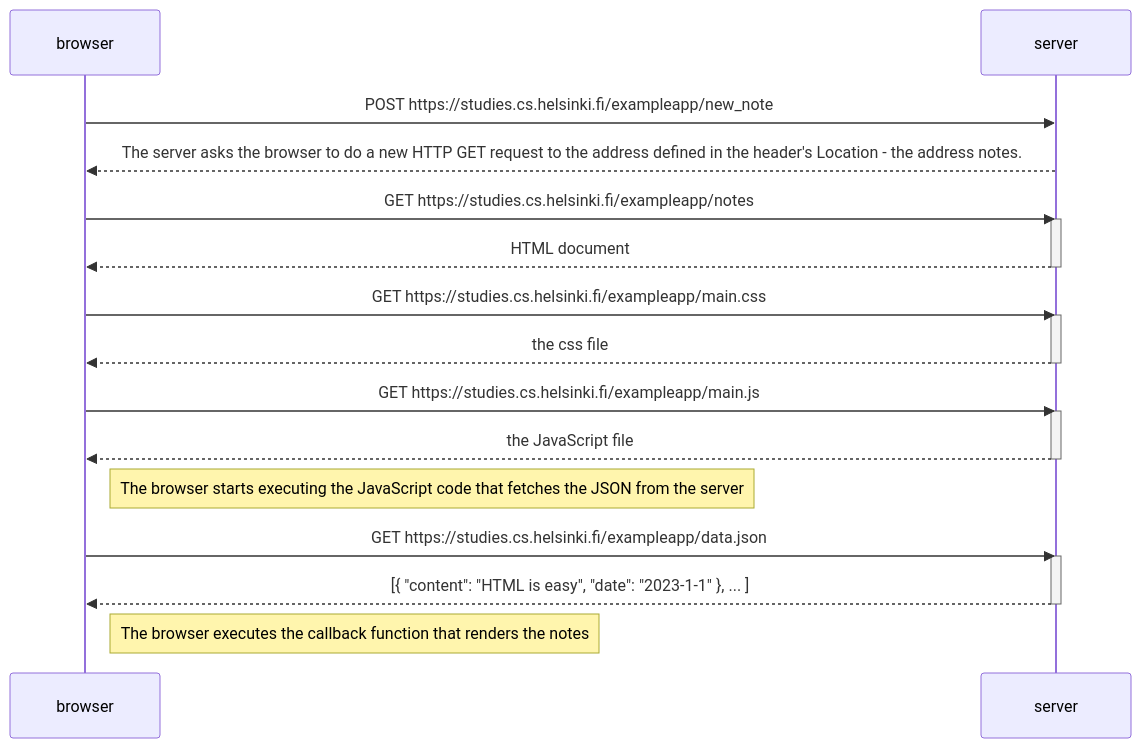
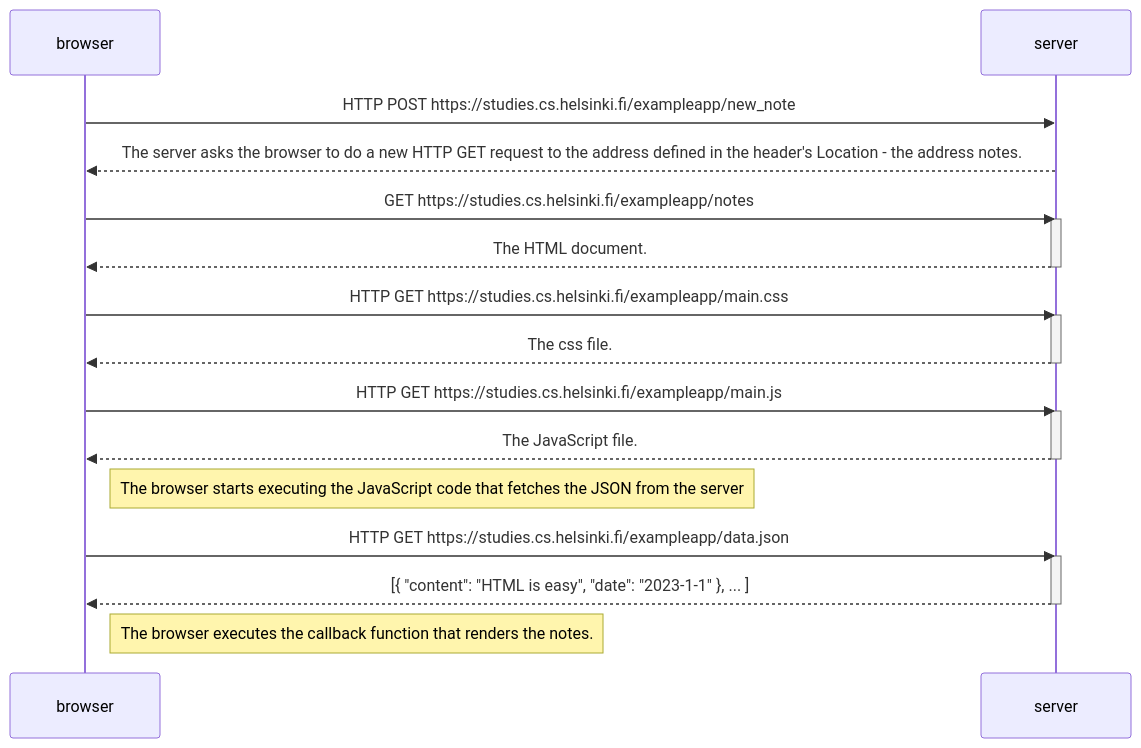
The diagram in Part0./exercise04-new_note.md (devKole/fullstackopen), drawn with Mermaid before and after one commit.

````diff
--- a/Part0./exercise04-new_note.md
+++ b/Part0./exercise04-new_note.md
@@ -3,25 +3,25 @@
 ```mermaid
 sequenceDiagram
     participant browser
     participant server
-    browser->>server: POST https://studies.cs.helsinki.fi/exampleapp/new_note
+    browser->>server: HTTP POST https://studies.cs.helsinki.fi/exampleapp/new_note
     server-->>browser: The server asks the browser to do a new HTTP GET request to the address defined in the header's Location - the address notes.
     browser->>server: GET https://studies.cs.helsinki.fi/exampleapp/notes
     activate server
-    server-->>browser: HTML document
+    server-->>browser: The HTML document.
     deactivate server
-    browser->>server: GET https://studies.cs.helsinki.fi/exampleapp/main.css
+    browser->>server: HTTP GET https://studies.cs.helsinki.fi/exampleapp/main.css
     activate server
-    server-->>browser: the css file
+    server-->>browser: The css file.
     deactivate server
-    browser->>server: GET https://studies.cs.helsinki.fi/exampleapp/main.js
+    browser->>server: HTTP GET https://studies.cs.helsinki.fi/exampleapp/main.js
     activate server
-    server-->>browser: the JavaScript file
+    server-->>browser: The JavaScript file.
     deactivate server
     Note right of browser: The browser starts executing the JavaScript code that fetches the JSON from the server
-    browser->>server: GET https://studies.cs.helsinki.fi/exampleapp/data.json
+    browser->>server: HTTP GET https://studies.cs.helsinki.fi/exampleapp/data.json
     activate server
     server-->>browser: [{ "content": "HTML is easy", "date": "2023-1-1" }, ... ]
     deactivate server
-    Note right of browser: The browser executes the callback function that renders the notes 
+    Note right of browser: The browser executes the callback function that renders the notes.
 ```
````
